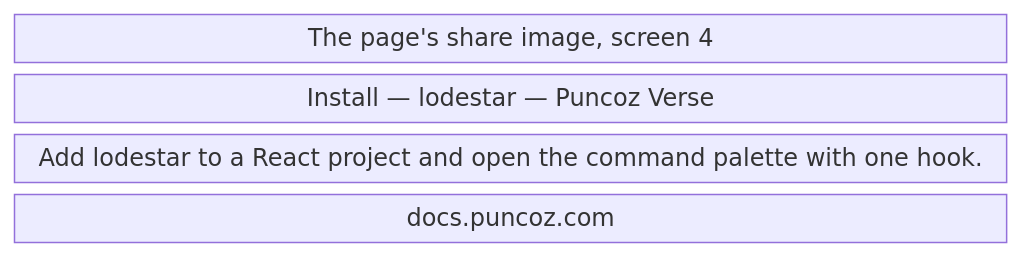
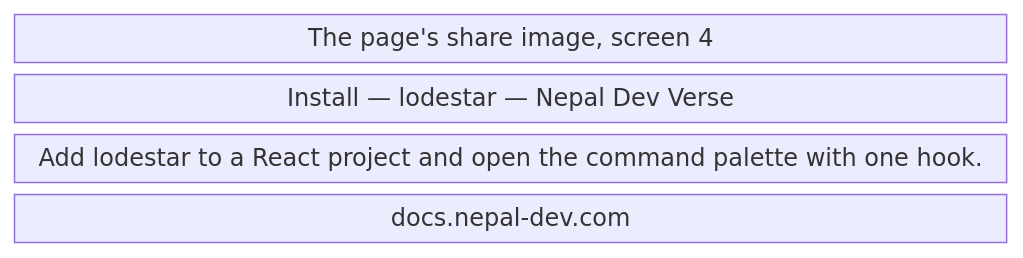
One commit to nepal-dev-com/docs.nepal-dev.com changed the third of 6 diagrams in content/docs/maintain/app-flow/search-and-sharing.mdx. Above: the diagram before and after it, drawn with Mermaid. The commit also changed other lines of this file and 145 other files, not shown here.

Commit message:
nepal dev docs

````diff
--- a/content/docs/maintain/app-flow/search-and-sharing.mdx
+++ b/content/docs/maintain/app-flow/search-and-sharing.mdx
@@ -80,8 +80,8 @@
 ```mermaid
 block-beta
   columns 4
   image["The page's share image, screen 4"]:4
-  title["Install — lodestar — Puncoz Verse"]:4
+  title["Install — lodestar — Nepal Dev Verse"]:4
   desc["Add lodestar to a React project and open the command palette with one hook."]:4
-  domain["docs.puncoz.com"]:4
+  domain["docs.nepal-dev.com"]:4
 ```
````
